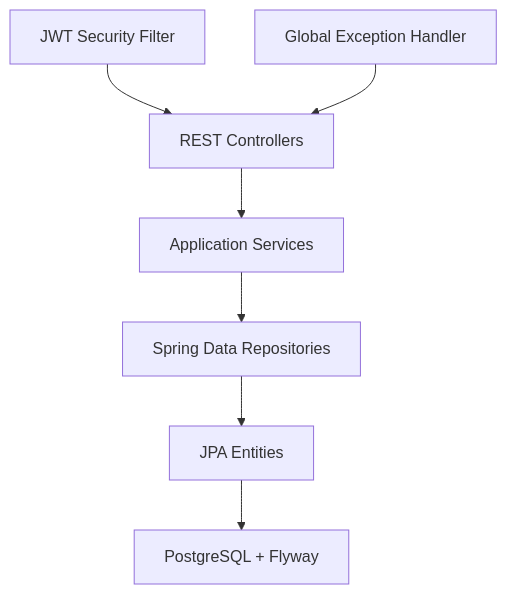
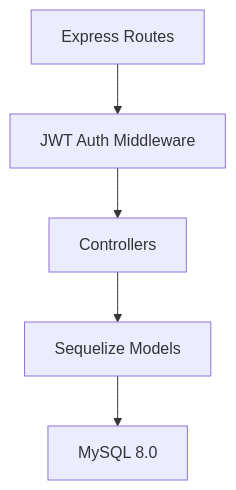
Before and after one commit to ansht120/college-full-stack-web-development-project: the second of 4 diagrams in docs/architecture.md, drawn with Mermaid. The commit also changed other lines of this file and 5 other files, not shown here.

````diff
--- a/docs/architecture.md
+++ b/docs/architecture.md
@@ -15,9 +14,7 @@
 ```mermaid
 flowchart TD
-    Controller["REST Controllers"] --> Service["Application Services"]
-    Service --> Repository["Spring Data Repositories"]
-    Repository --> Entity["JPA Entities"]
-    Entity --> Database["PostgreSQL + Flyway"]
-    Security["JWT Security Filter"] --> Controller
-    Exceptions["Global Exception Handler"] --> Controller
+    Routes["Express Routes"] --> Middleware["JWT Auth Middleware"]
+    Middleware --> Controller["Controllers"]
+    Controller --> Model["Sequelize Models"]
+    Model --> Database["MySQL 8.0"]
 ```
````
